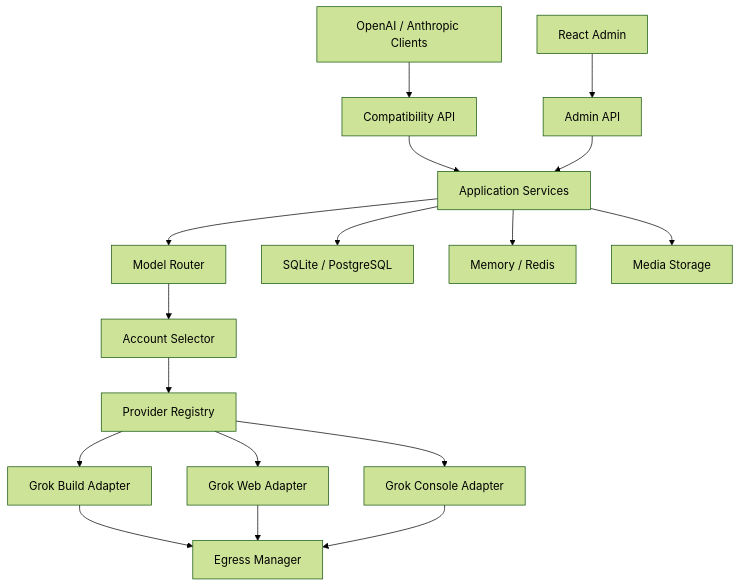
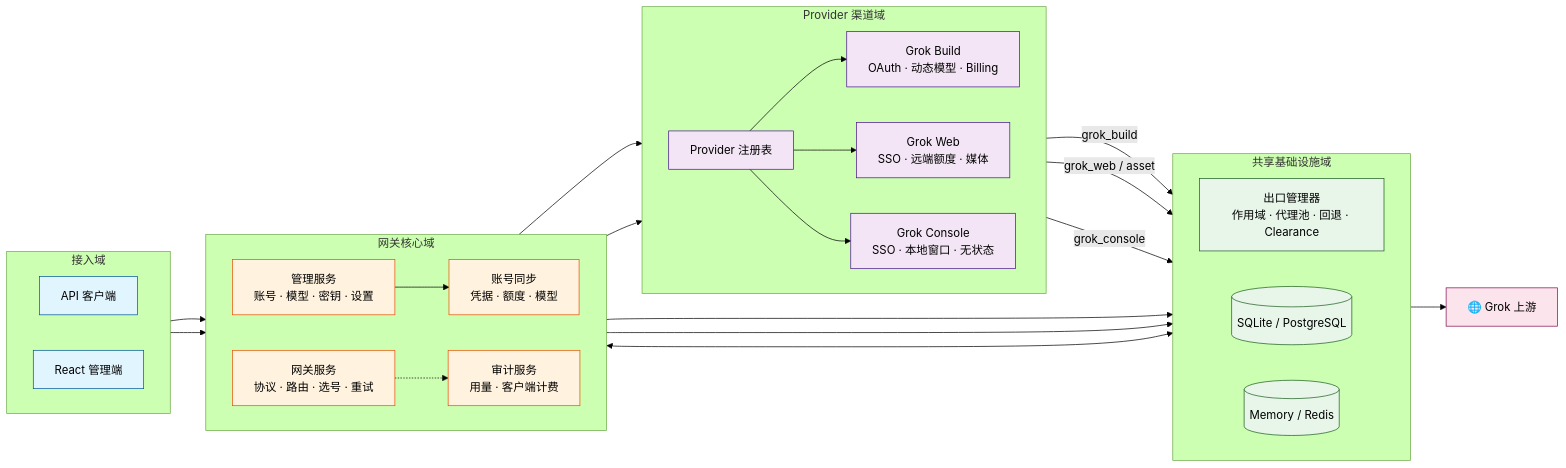
The diagram in README.zh-CN.md (chenyme/grok2api), drawn with Mermaid (forest theme) before and after one commit. The commit also changed other lines of this file and 2 other files, not shown here.

````diff
--- a/README.zh-CN.md
+++ b/README.zh-CN.md
@@ -67,23 +56,65 @@
 ```mermaid
-flowchart TB
-    Client["OpenAI / Anthropic Clients"] --> Compat["Compatibility API"]
-    Admin["React Admin"] --> AdminAPI["Admin API"]
+flowchart LR
+    %% 颜色定义
+    classDef access fill:#e1f5fe,stroke:#01579b
+    classDef core fill:#fff3e0,stroke:#e65100
+    classDef providers fill:#f3e5f5,stroke:#4a148c
+    classDef infra fill:#e8f5e9,stroke:#1b5e20
+    classDef upstream fill:#fce4ec,stroke:#880e4f
 
-    Compat --> App["Application Services"]
-    AdminAPI --> App
+    subgraph Access["接入域"]
+        direction LR
+        Clients["API 客户端"]
+        Admin["React 管理端"]
+    end
 
-    App --> Router["Model Router"]
-    Router --> Selector["Account Selector"]
-    Selector --> Registry["Provider Registry"]
+    subgraph Core["网关核心域"]
+        direction LR
+        Management["管理服务<br/>账号 · 模型 · 密钥 · 设置"]
+        Sync["账号同步<br/>凭据 · 额度 · 模型"]
+        Gateway["网关服务<br/>协议 · 路由 · 选号 · 重试"]
+        Audit["审计服务<br/>用量 · 客户端计费"]
+        Management --> Sync
+        Gateway -.-> Audit
+    end
 
-    Registry --> Build["Grok Build Adapter"]
-    Registry --> Web["Grok Web Adapter"]
-    Registry --> Console["Grok Console Adapter"]
+    subgraph Providers["Provider 渠道域"]
+        direction LR
+        Registry["Provider 注册表"]
+        Build["Grok Build<br/>OAuth · 动态模型 · Billing"]
+        Web["Grok Web<br/>SSO · 远端额度 · 媒体"]
+        Console["Grok Console<br/>SSO · 本地窗口 · 无状态"]
+        Registry --> Build
+        Registry --> Web
+        Registry --> Console
+    end
 
-    App --> DB["SQLite / PostgreSQL"]
-    App --> Runtime["Memory / Redis"]
-    Build --> Egress["Egress Manager"]
-    Web --> Egress
-    Console --> Egress
-    App --> Media["Media Storage"]
+    subgraph Infra["共享基础设施域"]
+        direction LR
+        Egress["出口管理器<br/>作用域 · 代理池 · 回退 · Clearance"]
+        Database[("SQLite / PostgreSQL")]
+        Runtime[("Memory / Redis")]
+    end
+
+    Upstream["🌐 Grok 上游"]
+
+    %% 跨域调用
+    Clients --> Gateway
+    Admin --> Management
+    Gateway --> Registry
+    Sync --> Registry
+    Build -->|grok_build| Egress
+    Web -->|grok_web / asset| Egress
+    Console -->|grok_console| Egress
+    Egress --> Upstream
+    Management --> Database
+    Audit --> Database
+    Gateway <--> Runtime
+
+    %% 应用样式
+    class Clients,Admin access
+    class Management,Sync,Gateway,Audit core
+    class Registry,Build,Web,Console providers
+    class Egress,Database,Runtime infra
+    class Upstream upstream
 ```
````
